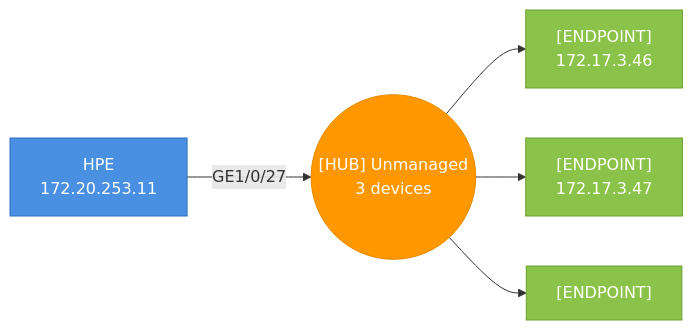
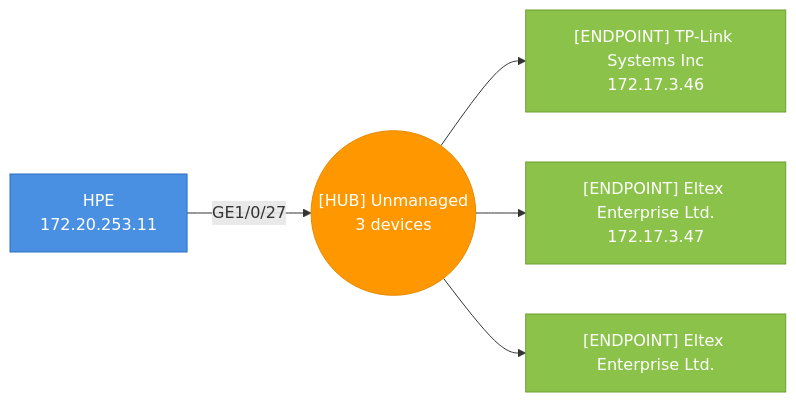
One commit to djamic/LLDP-Skanner-Go changed the second of 51 diagrams in testdata/golden/report_esxi_sections.md. Above: the diagram before and after it, drawn with Mermaid. The commit also changed other lines of this file and 16 other files, not shown here.

````diff
--- a/testdata/golden/report_esxi_sections.md
+++ b/testdata/golden/report_esxi_sections.md
@@ -35,17 +41,17 @@
 ```mermaid
 graph LR
   hub_4caea38dd599_p27(("[HUB] Unmanaged<br>3 devices"))
   4caea38dd599["HPE<br>172.20.253.11"]
   4caea38dd599-- "GE1/0/27" -->hub_4caea38dd599_p27
   style 4caea38dd599 fill:#4A90E2,stroke:#2A6FC2,color:#fff
-  5091e396806f["[ENDPOINT]<br>172.17.3.46"]
+  5091e396806f["[ENDPOINT] TP-Link Systems Inc<br>172.17.3.46"]
   hub_4caea38dd599_p27-->5091e396806f
   style 5091e396806f fill:#8BC34A,stroke:#6B9F30,color:#fff
-  e45ad46b3a00["[ENDPOINT]<br>172.17.3.47"]
+  e45ad46b3a00["[ENDPOINT] Eltex Enterprise Ltd.<br>172.17.3.47"]
   hub_4caea38dd599_p27-->e45ad46b3a00
   style e45ad46b3a00 fill:#8BC34A,stroke:#6B9F30,color:#fff
-  e45ad46b3a1b["[ENDPOINT]"]
+  e45ad46b3a1b["[ENDPOINT] Eltex Enterprise Ltd."]
   hub_4caea38dd599_p27-->e45ad46b3a1b
   style e45ad46b3a1b fill:#8BC34A,stroke:#6B9F30,color:#fff
   style hub_4caea38dd599_p27 fill:#FF9800,stroke:#E68A00,color:#fff
 ```
````
